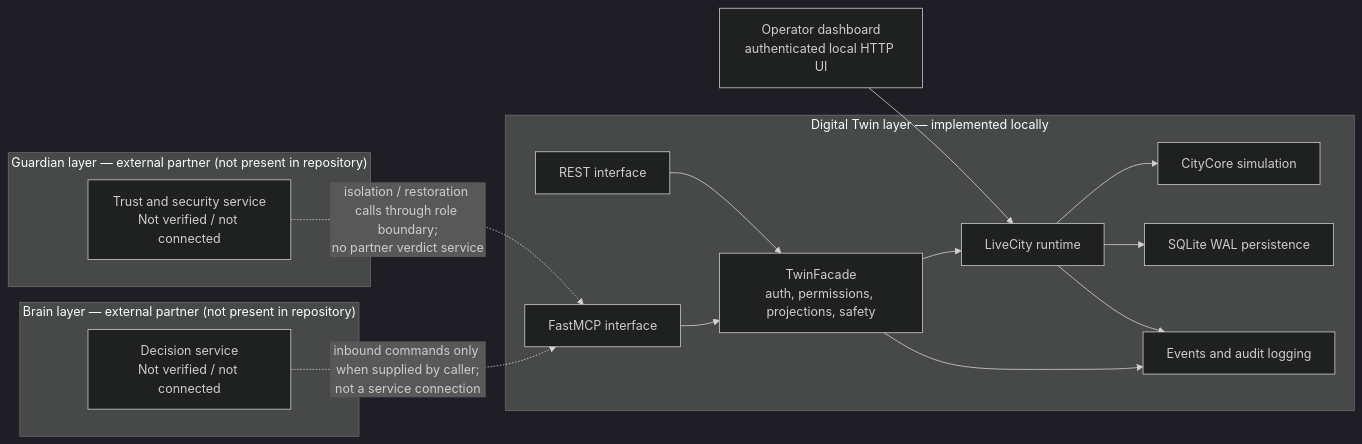
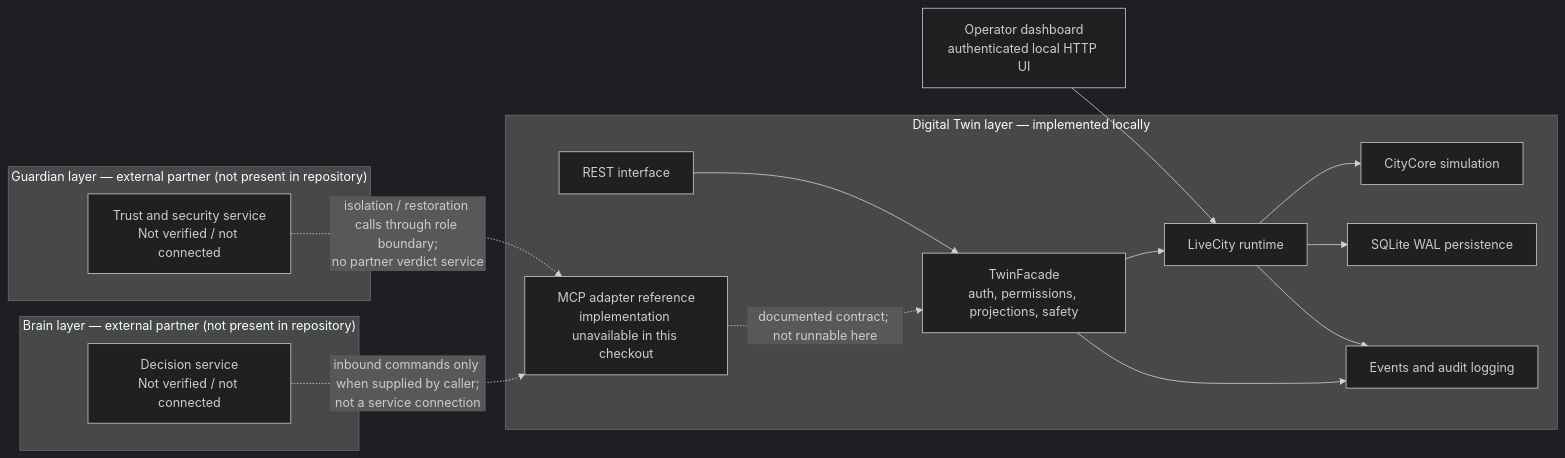
Before and after one commit to dhouhaichaouii/CS-TSYP-TWIN-LAYER: the first of 11 diagrams in docs/IEEE_TSYP14_CITY_BRAIN_CONVERGENCE_TECHNICAL_REPORT.md, drawn with Mermaid (dark theme). The commit also changed other lines of this file and 6347 other files, not shown here.

````diff
--- a/docs/IEEE_TSYP14_CITY_BRAIN_CONVERGENCE_TECHNICAL_REPORT.md
+++ b/docs/IEEE_TSYP14_CITY_BRAIN_CONVERGENCE_TECHNICAL_REPORT.md
@@ -33,27 +33,27 @@
 ```mermaid
 flowchart LR
     subgraph B["Brain layer — external partner (not present in repository)"]
       BA["Decision service<br/>Not verified / not connected"]
     end
     subgraph G["Guardian layer — external partner (not present in repository)"]
       GA["Trust and security service<br/>Not verified / not connected"]
     end
     subgraph T["Digital Twin layer — implemented locally"]
-      MCP["FastMCP interface"]
+      MCP["MCP adapter reference<br/>implementation unavailable in this checkout"]
       REST["REST interface"]
       F["TwinFacade<br/>auth, permissions, projections, safety"]
       L["LiveCity runtime"]
       C["CityCore simulation"]
       P["SQLite WAL persistence"]
       O["Events and audit logging"]
-      MCP --> F
+      MCP -. "documented contract; not runnable here" .-> F
       REST --> F
       F --> L --> C
       L --> P
       F --> O
       L --> O
     end
     D["Operator dashboard<br/>authenticated local HTTP UI"] --> L
     BA -. "inbound commands only when supplied by caller;<br/>not a service connection" .-> MCP
     GA -. "isolation / restoration calls through role boundary;<br/>no partner verdict service" .-> MCP
 ```
````
